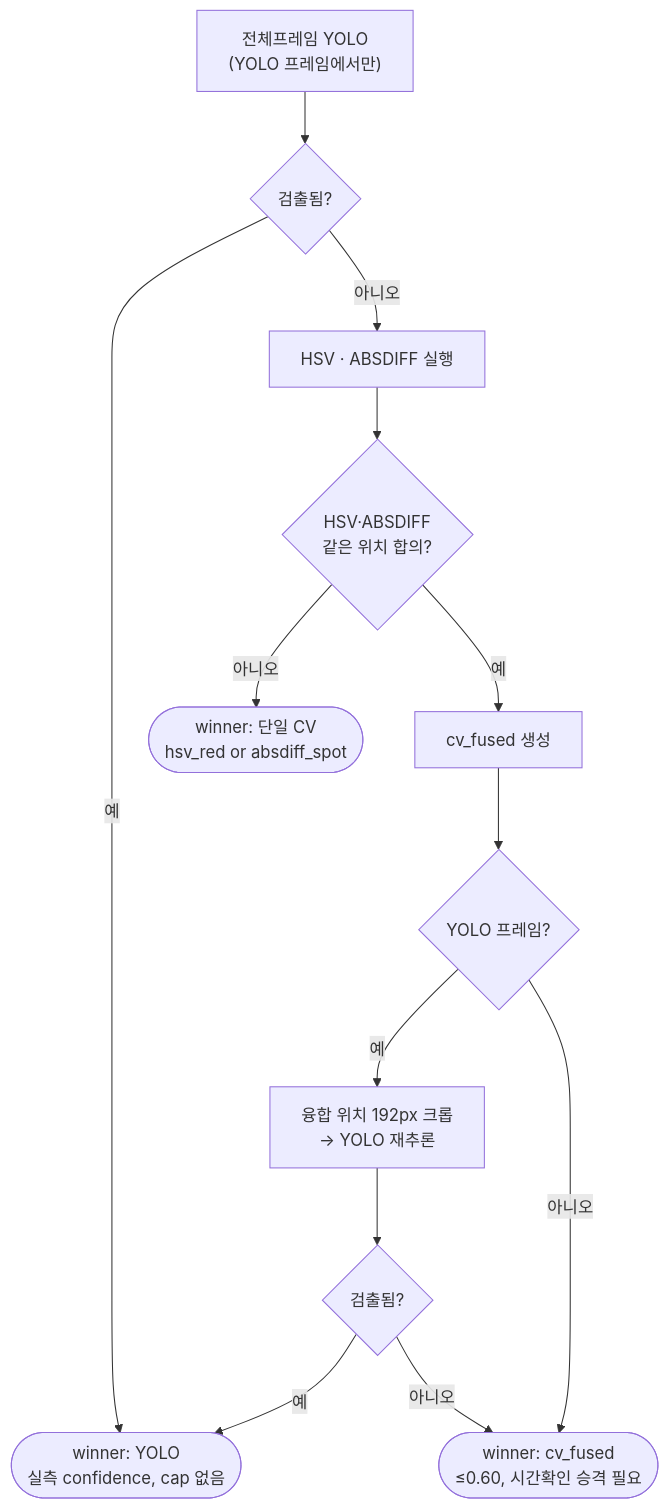
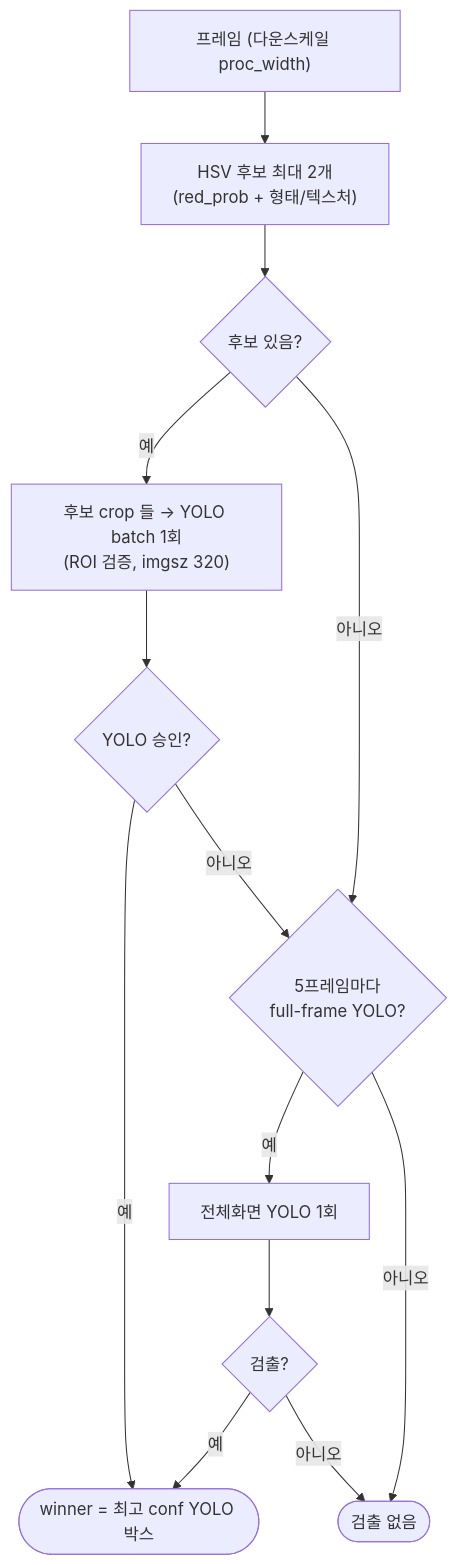
One commit to tokhun2002/A.R.M.S.-Anti-drone-Reusable-Modular-System- changed the diagram in SW/docs/DETECTION.md. Above: the diagram before and after it, drawn with Mermaid. The commit also changed other lines of this file and 7 other files, not shown here.

````diff
--- a/SW/docs/DETECTION.md
+++ b/SW/docs/DETECTION.md
@@ -121,15 +76,15 @@
 ```mermaid
 flowchart TB
-    Y["전체프레임 YOLO<br/>(YOLO 프레임에서만)"] --> Yq{"검출됨?"}
-    Yq -- 예 --> WY(["winner: YOLO<br/>실측 confidence, cap 없음"])
-    Yq -- 아니오 --> CV["HSV · ABSDIFF 실행"]
-    CV --> Fq{"HSV·ABSDIFF<br/>같은 위치 합의?"}
-    Fq -- 아니오 --> SG(["winner: 단일 CV<br/>hsv_red or absdiff_spot"])
-    Fq -- 예 --> FUSE["cv_fused 생성"]
-    FUSE --> Pq{"YOLO 프레임?"}
-    Pq -- 예 --> PC["융합 위치 192px 크롭<br/>→ YOLO 재추론"]
-    Pq -- 아니오 --> WF(["winner: cv_fused<br/>≤0.60, 시간확인 승격 필요"])
-    PC --> PCq{"검출됨?"}
-    PCq -- 예 --> WY
-    PCq -- 아니오 --> WF
+    A["프레임 (다운스케일 proc_width)"] --> H["HSV 후보 최대 2개<br/>(red_prob + 형태/텍스처)"]
+    H --> Hq{"후보 있음?"}
+    Hq -- 예 --> B["후보 crop 들 → YOLO batch 1회<br/>(ROI 검증, imgsz 320)"]
+    B --> Bq{"YOLO 승인?"}
+    Bq -- 예 --> W(["winner = 최고 conf YOLO 박스"])
+    Bq -- 아니오 --> F
+    Hq -- 아니오 --> F{"5프레임마다<br/>full-frame YOLO?"}
+    F -- 예 --> FF["전체화면 YOLO 1회"]
+    F -- 아니오 --> N(["검출 없음"])
+    FF --> FFq{"검출?"}
+    FFq -- 예 --> W
+    FFq -- 아니오 --> N
 ```
````
